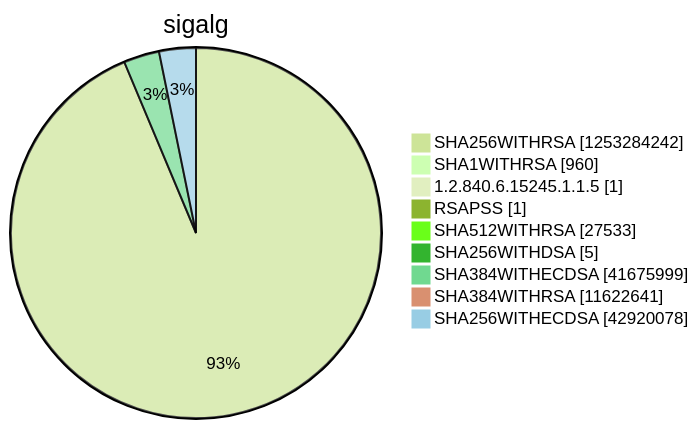
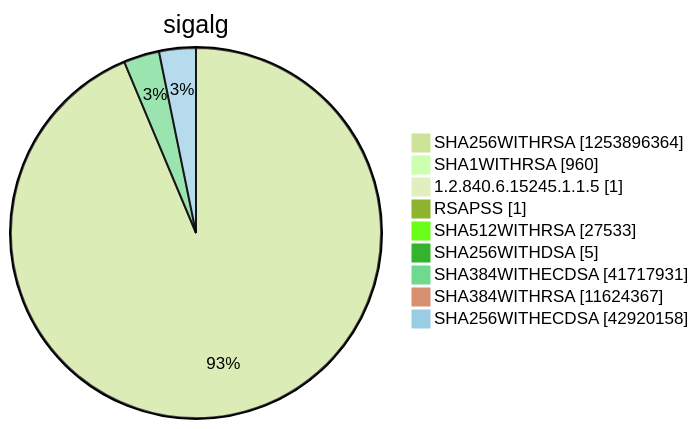
One commit to christiankrug/ctmonitor_visualization changed diagram 15 of 15 in argon2022/README.md. Above: the diagram before and after it, drawn with Mermaid (forest theme). The commit also changed other lines of this file, not shown here.

````diff
--- a/argon2022/README.md
+++ b/argon2022/README.md
@@ -5522,13 +5522,13 @@
 ```mermaid
 pie showData
 title sigalg
-"SHA256WITHRSA" :1253284242
+"SHA256WITHRSA" :1253896364
 "SHA1WITHRSA" :960
 "1.2.840.6.15245.1.1.5" :1
 "RSAPSS" :1
 "SHA512WITHRSA" :27533
 "SHA256WITHDSA" :5
-"SHA384WITHECDSA" :41675999
-"SHA384WITHRSA" :11622641
-"SHA256WITHECDSA" :42920078
+"SHA384WITHECDSA" :41717931
+"SHA384WITHRSA" :11624367
+"SHA256WITHECDSA" :42920158
 ```
````
